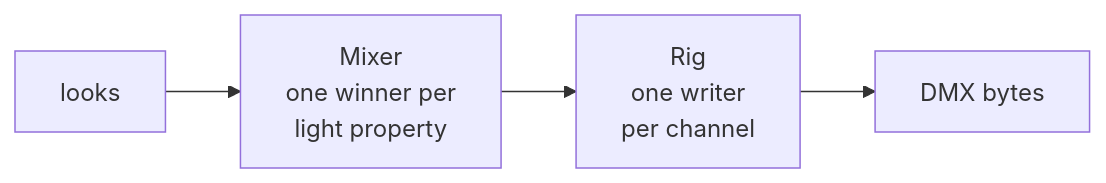
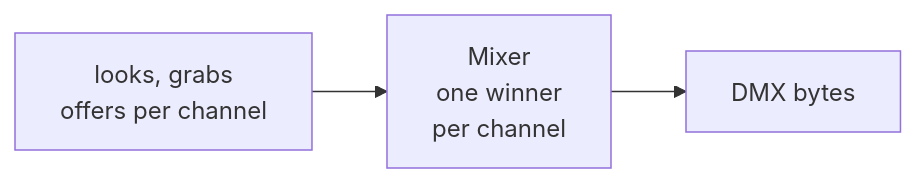
The third of 4 diagrams in docs/design/who-wins.md (abossard/bossylights), drawn with Mermaid before and after one commit. The commit also changed other lines of this file and 57 other files, not shown here.

````diff
--- a/docs/design/who-wins.md
+++ b/docs/design/who-wins.md
@@ -59,4 +61,4 @@
 ```mermaid
 flowchart LR
-  L["looks"] --> M["Mixer<br/>one winner per<br/>light property"] --> R["Rig<br/>one writer<br/>per channel"] --> D["DMX bytes"]
+  L["looks, grabs<br/>offers per channel"] --> M["Mixer<br/>one winner<br/>per channel"] --> D["DMX bytes"]
 ```
````
